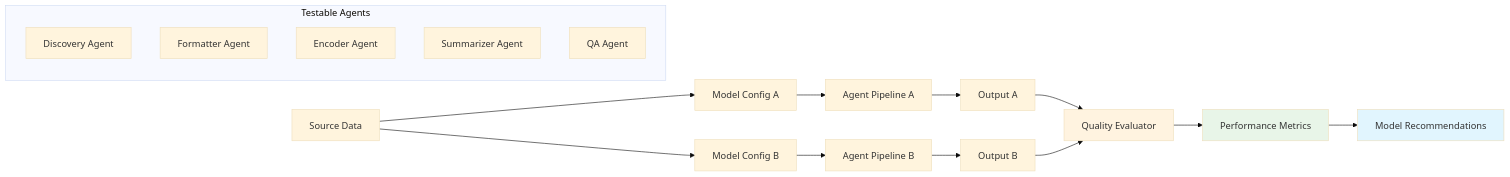
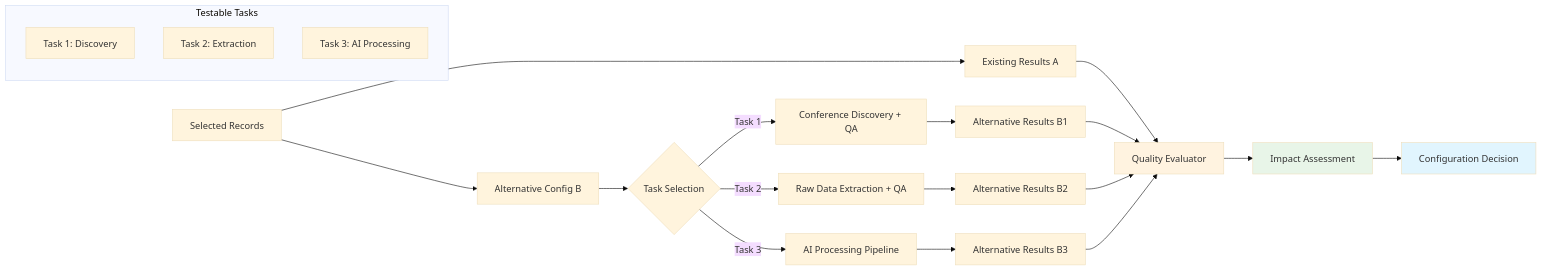
The second of 9 diagrams in specs/conference-extractor/requirements.md (lago-morph/conference-summaries), drawn with Mermaid (base theme) before and after one commit. The commit also changed other lines of this file and 1 other file, not shown here.

First line of the commit message:
Update A/B testing to task-specific configuration optimization

````diff
--- a/specs/conference-extractor/requirements.md
+++ b/specs/conference-extractor/requirements.md
@@ -83,25 +83,32 @@
 ```mermaid
 graph LR
-    A[Source Data] --> B[Model Config A]
-    A --> C[Model Config B]
-    B --> D[Agent Pipeline A]
-    C --> E[Agent Pipeline B]
-    D --> F[Output A]
-    E --> G[Output B]
-    F --> H[Quality Evaluator]
-    G --> H
-    H --> I[Performance Metrics]
-    I --> J[Model Recommendations]
+    A[Selected Records] --> B[Existing Results A]
+    A --> C[Alternative Config B]
     
-    subgraph "Testable Agents"
-        K[Discovery Agent]
-        L[Formatter Agent]
-        M[Encoder Agent]
-        N[Summarizer Agent]
-        O[QA Agent]
+    C --> D{Task Selection}
+    D -->|Task 1| E[Conference Discovery + QA]
+    D -->|Task 2| F[Raw Data Extraction + QA]
+    D -->|Task 3| G[AI Processing Pipeline]
+    
+    E --> H[Alternative Results B1]
+    F --> I[Alternative Results B2]
+    G --> J[Alternative Results B3]
+    
+    B --> K[Quality Evaluator]
+    H --> K
+    I --> K
+    J --> K
+    
+    K --> L[Impact Assessment]
+    L --> M[Configuration Decision]
+    
+    subgraph "Testable Tasks"
+        N[Task 1: Discovery]
+        O[Task 2: Extraction]
+        P[Task 3: AI Processing]
     end
     
-    style H fill:#fff3e0
-    style I fill:#e8f5e8
-    style J fill:#e1f5fe
+    style K fill:#fff3e0
+    style L fill:#e8f5e8
+    style M fill:#e1f5fe
 ```
````
